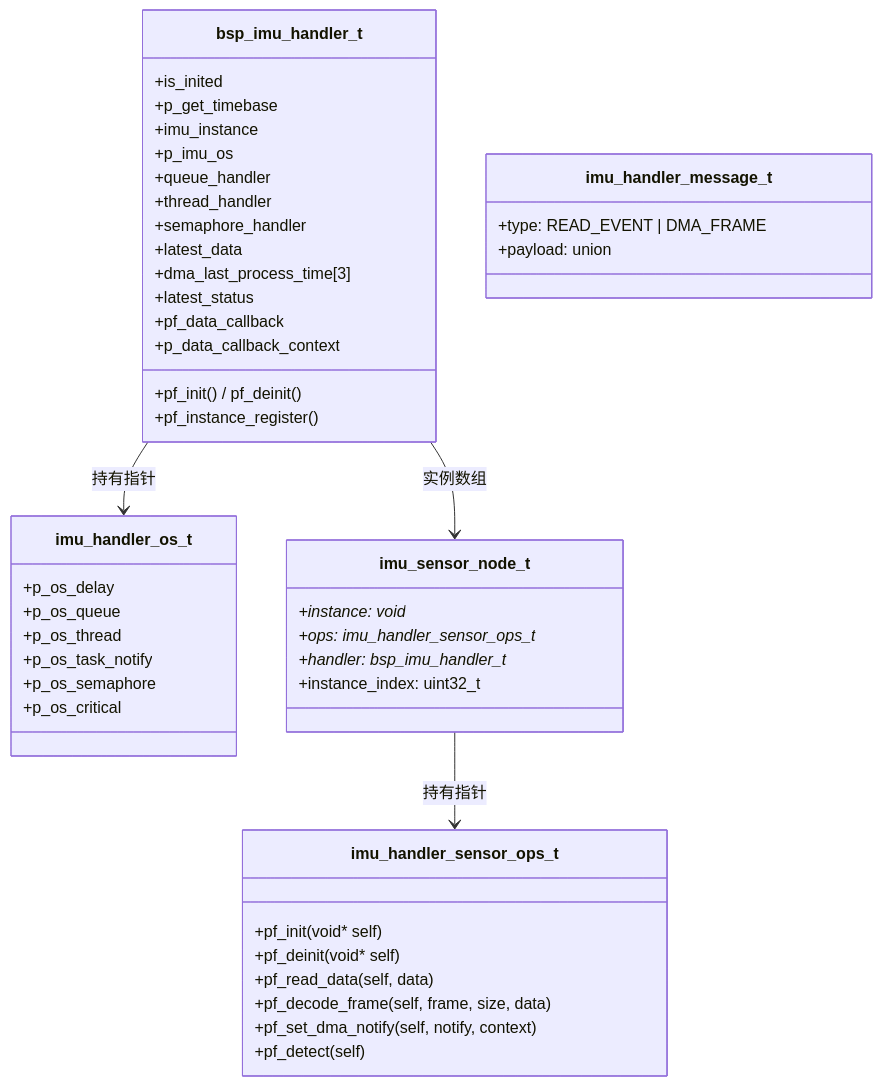
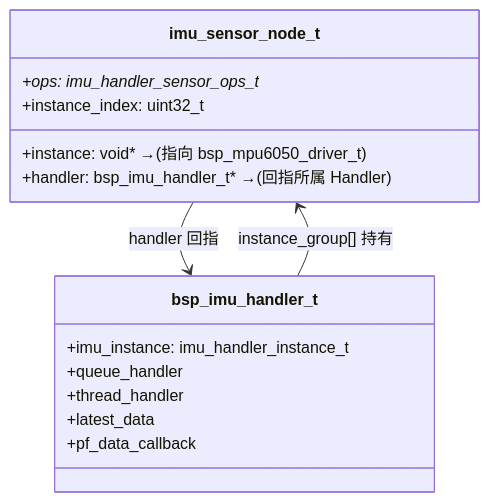
One commit to shuai-yemao/Deep-In-Embedded changed the third of 3 diagrams in 开发板/ARM架构/STM32F411CEU6/MPU6050的handle文件架构设计思路.md. Above: the diagram before and after it, drawn with Mermaid. The commit also changed other lines of this file and 1 other file, not shown here.

````diff
--- a/开发板/ARM架构/STM32F411CEU6/MPU6050的handle文件架构设计思路.md
+++ b/开发板/ARM架构/STM32F411CEU6/MPU6050的handle文件架构设计思路.md
@@ -132,53 +161,20 @@
 ```mermaid
 classDiagram
-    class bsp_imu_handler_t {
-        +is_inited
-        +p_get_timebase
-        +imu_instance
-        +p_imu_os
-        +queue_handler
-        +thread_handler
-        +semaphore_handler
-        +latest_data
-        +dma_last_process_time[3]
-        +latest_status
-        +pf_data_callback
-        +p_data_callback_context
-        +pf_init() / pf_deinit()
-        +pf_instance_register()
-    }
-
-    class imu_handler_sensor_ops_t {
-        +pf_init(void* self)
-        +pf_deinit(void* self)
-        +pf_read_data(self, data)
-        +pf_decode_frame(self, frame, size, data)
-        +pf_set_dma_notify(self, notify, context)
-        +pf_detect(self)
-    }
-
-    class imu_handler_os_t {
-        +p_os_delay
-        +p_os_queue
-        +p_os_thread
-        +p_os_task_notify
-        +p_os_semaphore
-        +p_os_critical
-    }
-
-    class imu_handler_message_t {
-        +type: READ_EVENT | DMA_FRAME
-        +payload: union
-    }
-
     class imu_sensor_node_t {
-        +instance: void*
+        +instance: void*  →(指向 bsp_mpu6050_driver_t)
         +ops: imu_handler_sensor_ops_t*
-        +handler: bsp_imu_handler_t*
+        +handler: bsp_imu_handler_t*  →(回指所属 Handler)
         +instance_index: uint32_t
     }
 
-    bsp_imu_handler_t --> imu_handler_os_t : 持有指针
-    bsp_imu_handler_t --> imu_sensor_node_t : 实例数组
-    imu_sensor_node_t --> imu_handler_sensor_ops_t : 持有指针
+    class bsp_imu_handler_t {
+        +imu_instance: imu_handler_instance_t
+        +queue_handler
+        +thread_handler
+        +latest_data
+        +pf_data_callback
+    }
+
+    imu_sensor_node_t --> bsp_imu_handler_t : handler 回指
+    bsp_imu_handler_t --> imu_sensor_node_t : instance_group[] 持有
 ```
````
